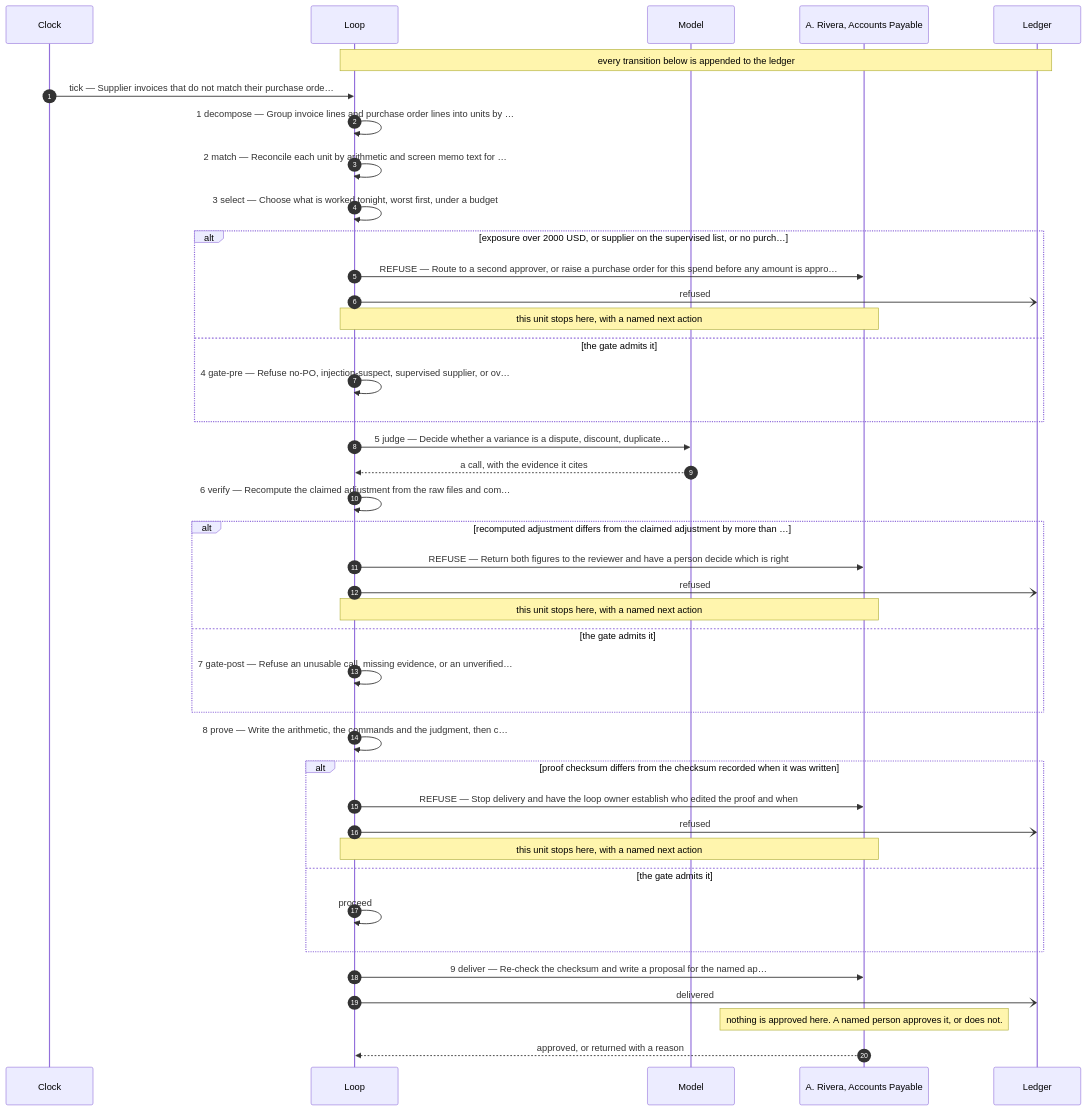
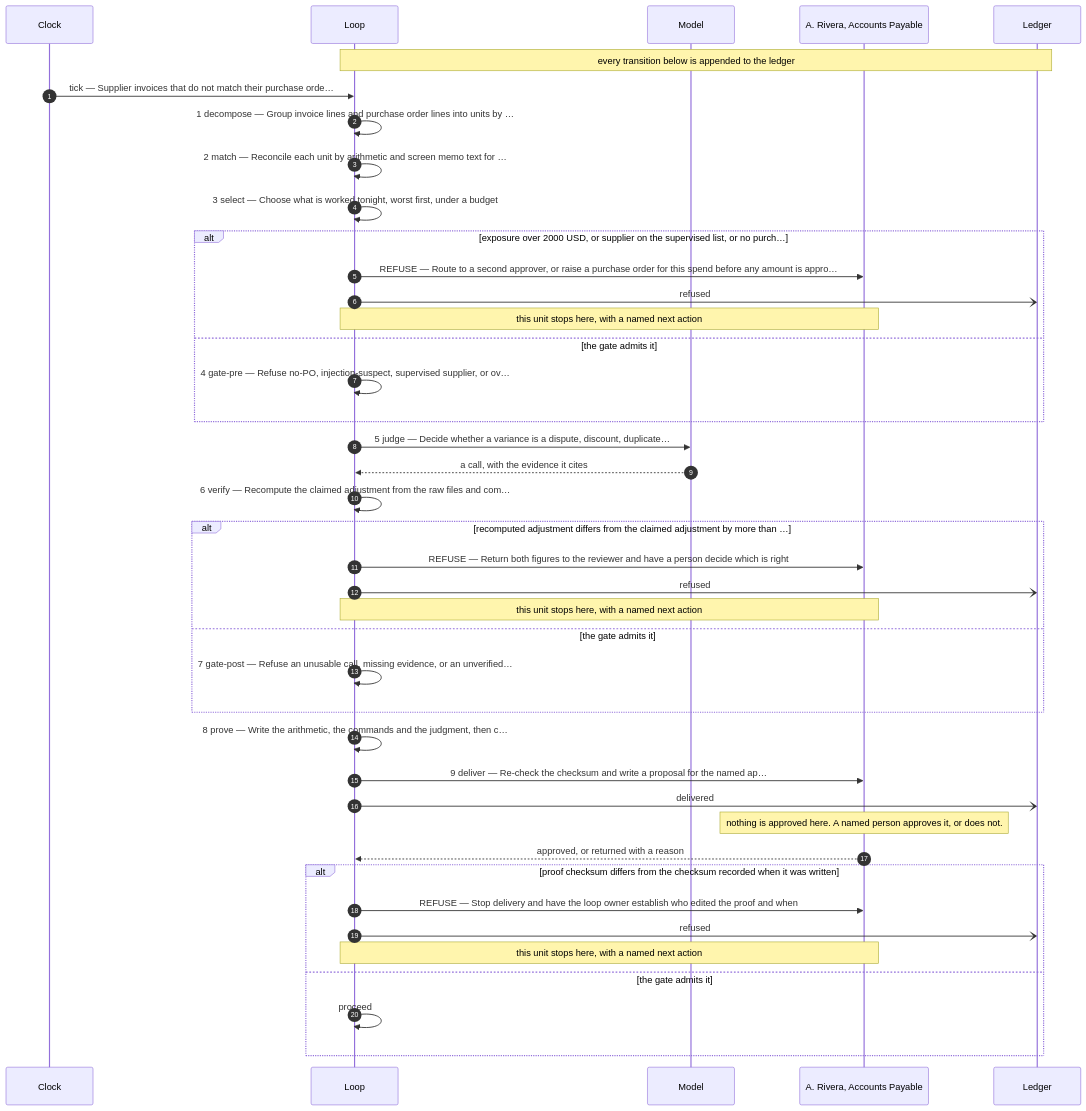
The diagram in course/workshop/loops/invoices-skeleton/DESIGN.md (TheChrisOneil/agentic-loop), drawn with Mermaid before and after one commit. The commit also changed other lines of this file and 9 other files, not shown here.

````diff
--- a/course/workshop/loops/invoices-skeleton/DESIGN.md
+++ b/course/workshop/loops/invoices-skeleton/DESIGN.md
@@ -21,47 +21,47 @@
 ```mermaid
 %% Generated by render.sh from the design. Do not edit by hand —
 %% edit the design and render again. This diagram cannot disagree with it.
 sequenceDiagram
     autonumber
     participant C as Clock
     participant L as Loop
     participant M as Model
     participant H as A. Rivera, Accounts Payable
     participant G as Ledger
 
     Note over L,G: every transition below is appended to the ledger
     C->>L: tick — Supplier invoices that do not match their purchase orde…
 
     L->>L: 1 decompose — Group invoice lines and purchase order lines into units by …
     L->>L: 2 match — Reconcile each unit by arithmetic and screen memo text for …
     L->>L: 3 select — Choose what is worked tonight, worst first, under a budget
     alt exposure over 2000 USD, or supplier on the supervised list, or no purch…
         L->>H: REFUSE — Route to a second approver, or raise a purchase order for this spend before any amount is appro…
         L-)G: refused
         Note over L,H: this unit stops here, with a named next action
     else the gate admits it
         L->>L: 4 gate-pre — Refuse no-PO, injection-suspect, supervised supplier, or ov…
     end
     L->>M: 5 judge — Decide whether a variance is a dispute, discount, duplicate…
     M-->>L: a call, with the evidence it cites
     L->>L: 6 verify — Recompute the claimed adjustment from the raw files and com…
     alt recomputed adjustment differs from the claimed adjustment by more than …
         L->>H: REFUSE — Return both figures to the reviewer and have a person decide which is right
         L-)G: refused
         Note over L,H: this unit stops here, with a named next action
     else the gate admits it
         L->>L: 7 gate-post — Refuse an unusable call, missing evidence, or an unverified…
     end
     L->>L: 8 prove — Write the arithmetic, the commands and the judgment, then c…
+    L->>H: 9 deliver — Re-check the checksum and write a proposal for the named ap…
+    L-)G: delivered
+    Note over H: nothing is approved here. A named person approves it, or does not.
+    H-->>L: approved, or returned with a reason
     alt proof checksum differs from the checksum recorded when it was written
         L->>H: REFUSE — Stop delivery and have the loop owner establish who edited the proof and when
         L-)G: refused
         Note over L,H: this unit stops here, with a named next action
     else the gate admits it
         L->>L: proceed
     end
-    L->>H: 9 deliver — Re-check the checksum and write a proposal for the named ap…
-    L-)G: delivered
-    Note over H: nothing is approved here. A named person approves it, or does not.
-    H-->>L: approved, or returned with a reason
 ```
````
